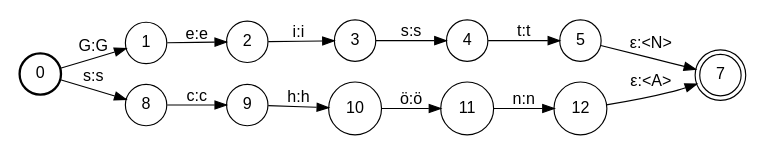
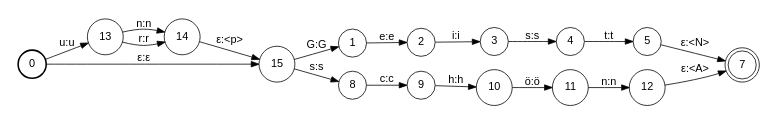
The diagram in figures/morph_ex3.dot (deutschestextarchiv/DWDS-Workshop-2018), drawn with Graphviz before and after one commit. The commit also changed 2 other files, not shown here.

```diff
--- a/figures/morph_ex3.dot
+++ b/figures/morph_ex3.dot
@@ -1,44 +1,52 @@
 digraph FSM {
   graph [
     rankdir = LR
     size = "5.0,5.0"
     fontsize = 14
     label = ""
     nodesep = "0.250000"
     ranksep = "0.400000"
     center = 1
   ];
   node [ 
     fontname="Helvetica"
     fontsize=14
   ];
   edge [ 
     fontname="Helvetica"
     fontsize=14
   ];
 
 0 [label = "0", shape = circle, style = bold]
-  0 -> 1 [label = "G:G"]
-  0 -> 8 [label = "s:s"]
+  0 -> 13 [label = "u:u"] 
+  0 -> 15 [label = "ε:ε"]
+15 [label = "15", shape = circle, style = solid]
+  15 -> 1 [label = "G:G"]
+  15 -> 8 [label = "s:s"]
 1 [label = "1", shape = circle, style = solid]
   1 -> 2 [label = "e:e"]
 2 [label = "2", shape = circle, style = solid]
   2 -> 3 [label = "i:i"]
 3 [label = "3", shape = circle, style = solid]
   3 -> 4 [label = "s:s"]
 4 [label = "4", shape = circle, style = solid]
   4 -> 5 [label = "t:t"]
 5 [label = "5", shape = circle, style = solid]
   5 -> 7 [label = "ε:<N>"]
 7 [label = "7", shape = doublecircle, style = solid]
 8 [label = "8", shape = circle, style = solid]
   8 -> 9 [label = "c:c"]
 9 [label = "9", shape = circle, style = solid]
   9 -> 10 [label = "h:h"]
 10 [label = "10", shape = circle, style = solid]
   10 -> 11 [label = "ö:ö"]
 11 [label = "11", shape = circle, style = solid]
   11 -> 12 [label = "n:n"]
 12 [label = "12", shape = circle, style = solid]
   12 -> 7 [label = "ε:<A>"]
+13 [label = "13", shape = circle, style = solid]
+  13 -> 14 [label = "n:n"]
+  13 -> 14 [label = "r:r"]
+14 [label = "14", shape = circle, style = solid]
+  14 -> 15 [label = "ε:<p>"]
 }
```
